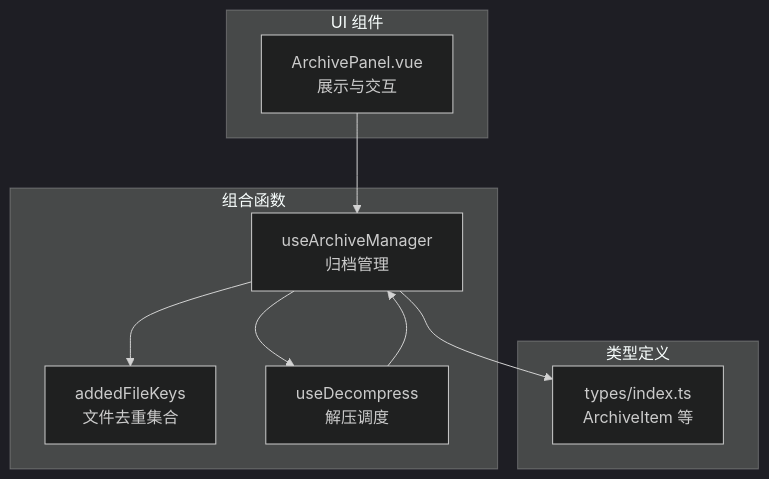
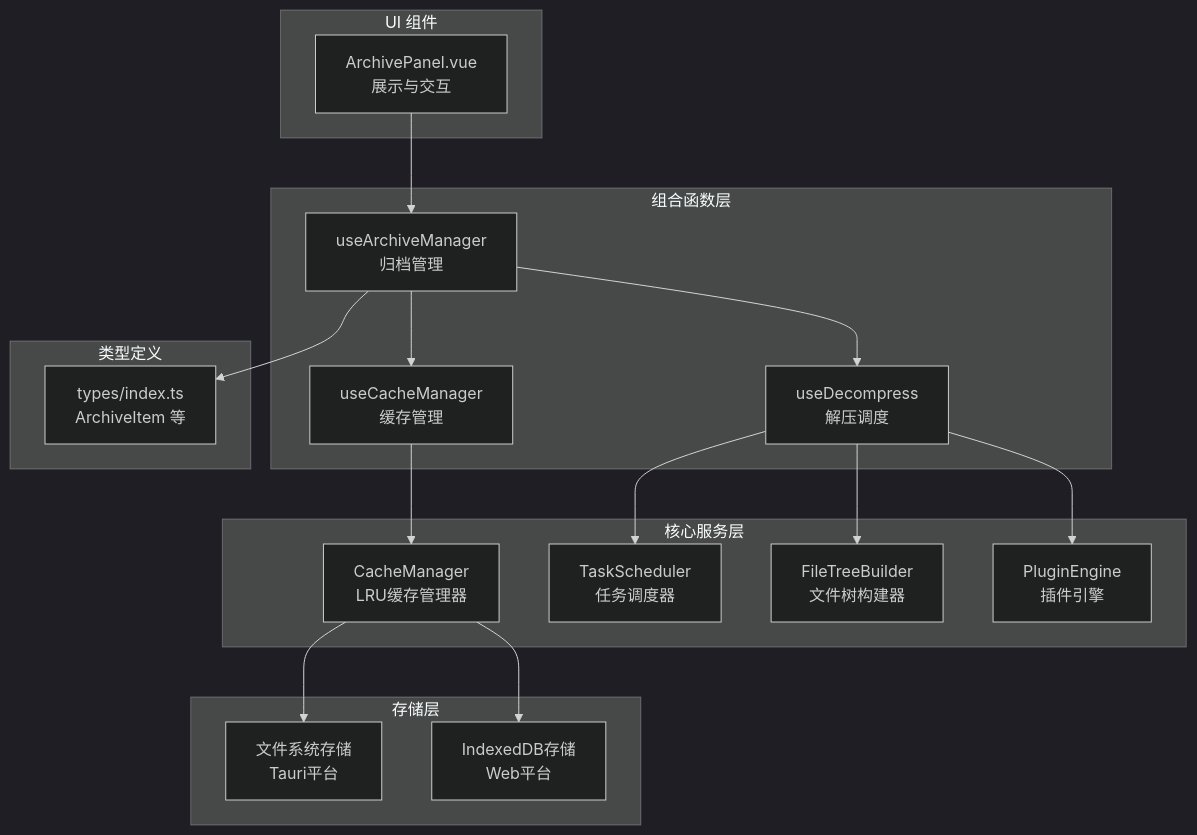
One commit to taoweidong/Hello-Tauri changed the first of 4 diagrams in .qoder/repowiki/zh/content/架构设计/数据流模式/组合式函数数据逻辑/归档管理组合函数.md. Above: the diagram before and after it, drawn with Mermaid (dark theme). The commit also changed other lines of this file and 119 other files, not shown here.

````diff
--- a/.qoder/repowiki/zh/content/架构设计/数据流模式/组合式函数数据逻辑/归档管理组合函数.md
+++ b/.qoder/repowiki/zh/content/架构设计/数据流模式/组合式函数数据逻辑/归档管理组合函数.md
@@ -40,19 +43,34 @@
 ```mermaid
 graph TB
-subgraph "组合函数"
+subgraph "组合函数层"
 UA["useArchiveManager<br/>归档管理"]
-AFK["addedFileKeys<br/>文件去重集合"]
+UC["useCacheManager<br/>缓存管理"]
 UD["useDecompress<br/>解压调度"]
+end
+subgraph "核心服务层"
+CM["CacheManager<br/>LRU缓存管理器"]
+TS["TaskScheduler<br/>任务调度器"]
+FTB["FileTreeBuilder<br/>文件树构建器"]
+PE["PluginEngine<br/>插件引擎"]
+end
+subgraph "存储层"
+FS["文件系统存储<br/>Tauri平台"]
+IDB["IndexedDB存储<br/>Web平台"]
 end
 subgraph "类型定义"
 T["types/index.ts<br/>ArchiveItem 等"]
 end
 subgraph "UI 组件"
 AP["ArchivePanel.vue<br/>展示与交互"]
 end
-UA --> AFK
+UA --> UC
 UA --> UD
 UA --> T
-UD --> UA
+UC --> CM
+CM --> FS
+CM --> IDB
+UD --> TS
+UD --> FTB
+UD --> PE
 AP --> UA
 ```
````
